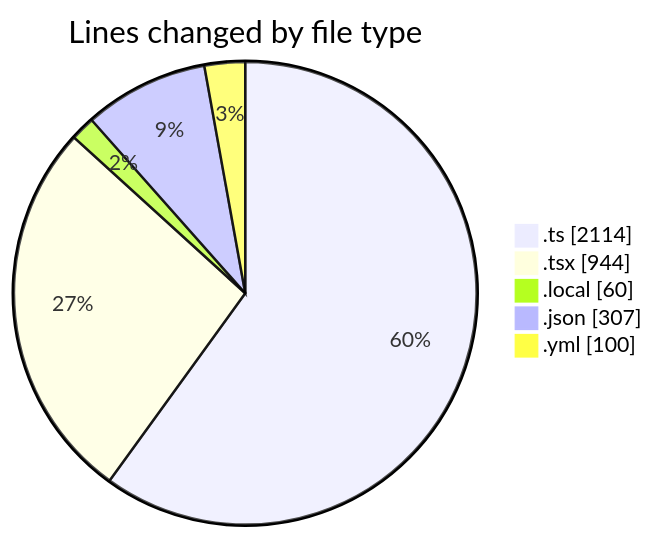
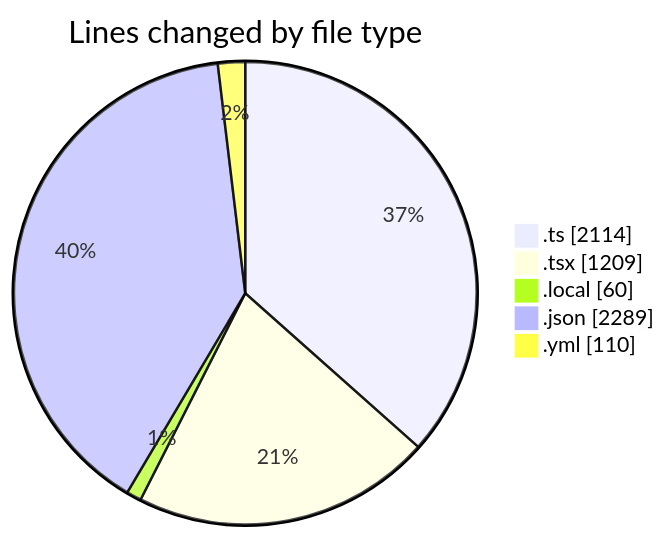
One commit to julien-gomy/code-tracking changed the first of 2 diagrams in 2025-11-26/eventscop-frontend-guide__workspace_/README.md. Above: the diagram before and after it, drawn with Mermaid. The commit also changed other lines of this file and 1 other file, not shown here.

````diff
--- a/2025-11-26/eventscop-frontend-guide__workspace_/README.md
+++ b/2025-11-26/eventscop-frontend-guide__workspace_/README.md
@@ -35,9 +38,9 @@
 ```mermaid
 pie showData
 title Lines changed by file type
 ".ts" : 2114
-".tsx" : 944
+".tsx" : 1209
 ".local" : 60
-".json" : 307
-".yml" : 100
+".json" : 2289
+".yml" : 110
 ```
````
